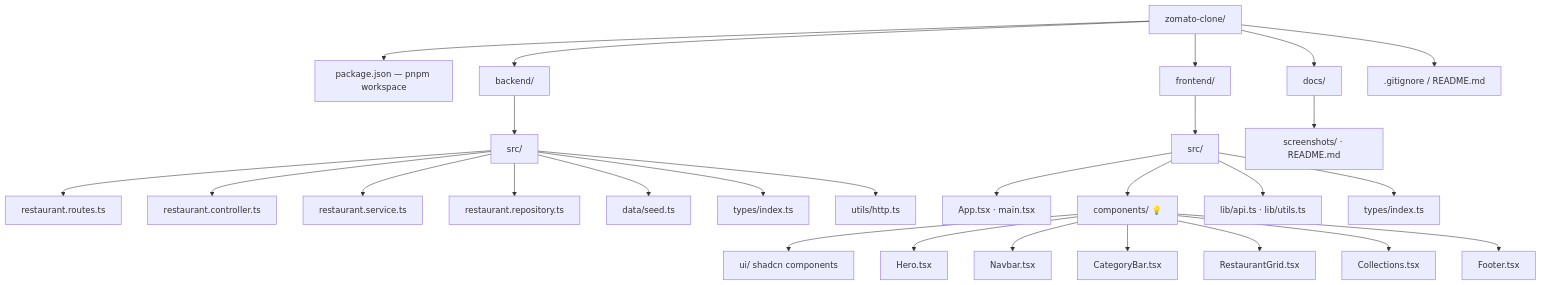
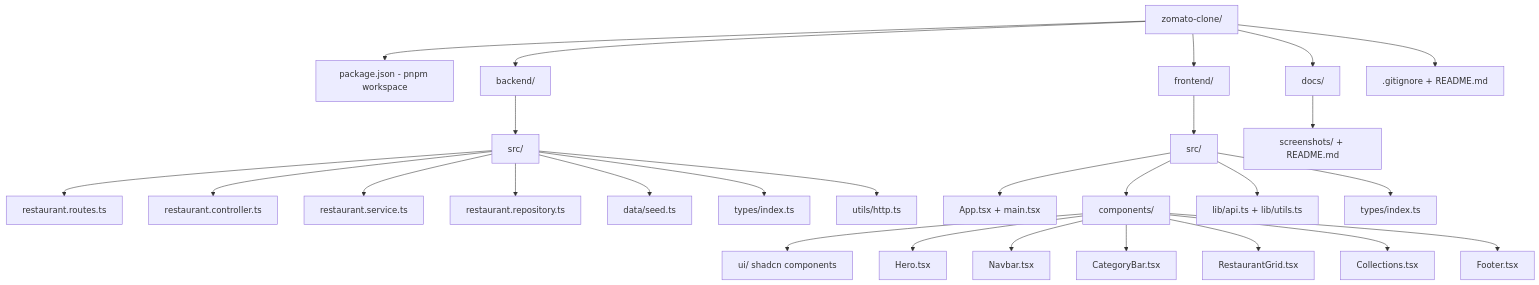
Before and after one commit to RajdeepDevelopment/zomato-clone: the sixth of 8 diagrams in README.md, drawn with Mermaid. The commit also changed other lines of this file, not shown here.

Commit message:
docs: fix mermaid syntax for GitHub rendering + center screenshots

````diff
--- a/README.md
+++ b/README.md
@@ -176,33 +180,33 @@
 ```mermaid
 flowchart TB
     ROOT[zomato-clone/]
-    ROOT --> PKG[package.json — pnpm workspace]
+    ROOT --> PKG[package.json - pnpm workspace]
     ROOT --> BE[backend/]
     ROOT --> FE[frontend/]
     ROOT --> DOCS[docs/]
-    ROOT --> GIT[.gitignore / README.md]
+    ROOT --> GIT[.gitignore + README.md]
 
     BE --> BESRC[src/]
     BESRC --> R[restaurant.routes.ts]
     BESRC --> C[restaurant.controller.ts]
     BESRC --> S[restaurant.service.ts]
     BESRC --> REPO[restaurant.repository.ts]
     BESRC --> SEED[data/seed.ts]
     BESRC --> TYPES[types/index.ts]
     BESRC --> UTILS[utils/http.ts]
 
     FE --> FESRC[src/]
-    FESRC --> APP[App.tsx · main.tsx]
-    FESRC --> COMP[components/ 💡]
+    FESRC --> APP[App.tsx + main.tsx]
+    FESRC --> COMP[components/]
     COMP --> UI[ui/ shadcn components]
     COMP --> HERO[Hero.tsx]
     COMP --> NAV[Navbar.tsx]
     COMP --> CAT[CategoryBar.tsx]
     COMP --> GRID[RestaurantGrid.tsx]
     COMP --> COL[Collections.tsx]
     COMP --> FOOT[Footer.tsx]
-    FESRC --> LIB[lib/api.ts · lib/utils.ts]
+    FESRC --> LIB[lib/api.ts + lib/utils.ts]
     FESRC --> TYPES2[types/index.ts]
 
-    DOCS --> SHOT[screenshots/ · README.md]
+    DOCS --> SHOT[screenshots/ + README.md]
 ```
````
